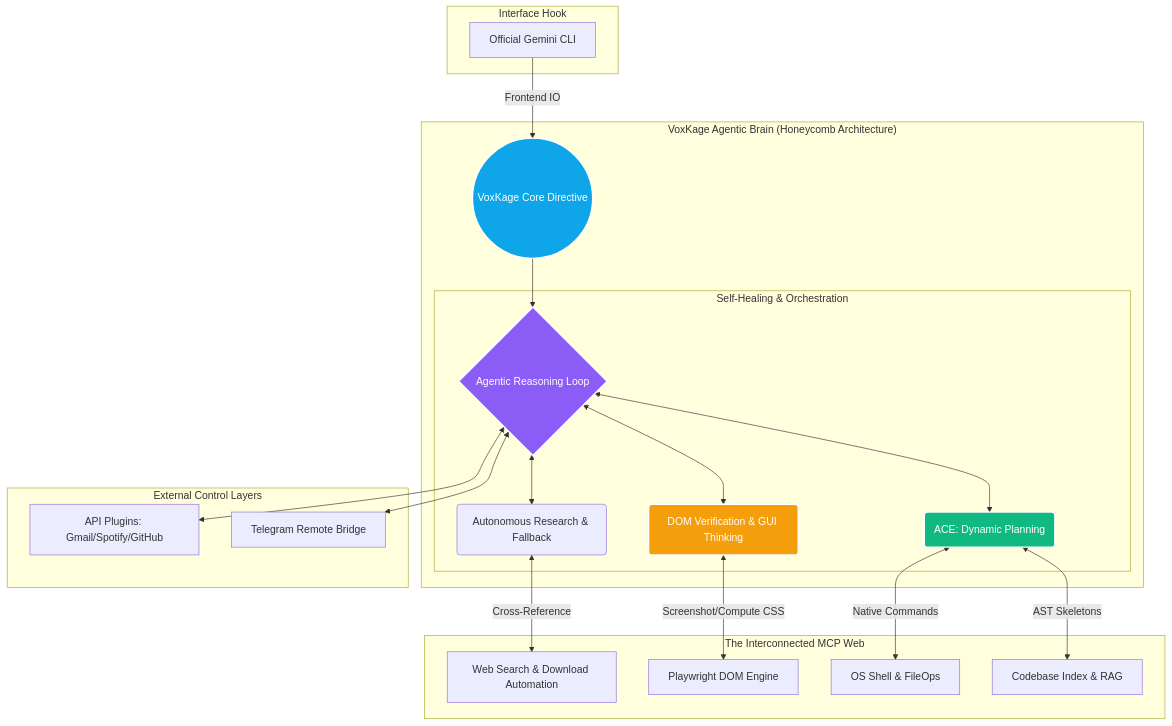
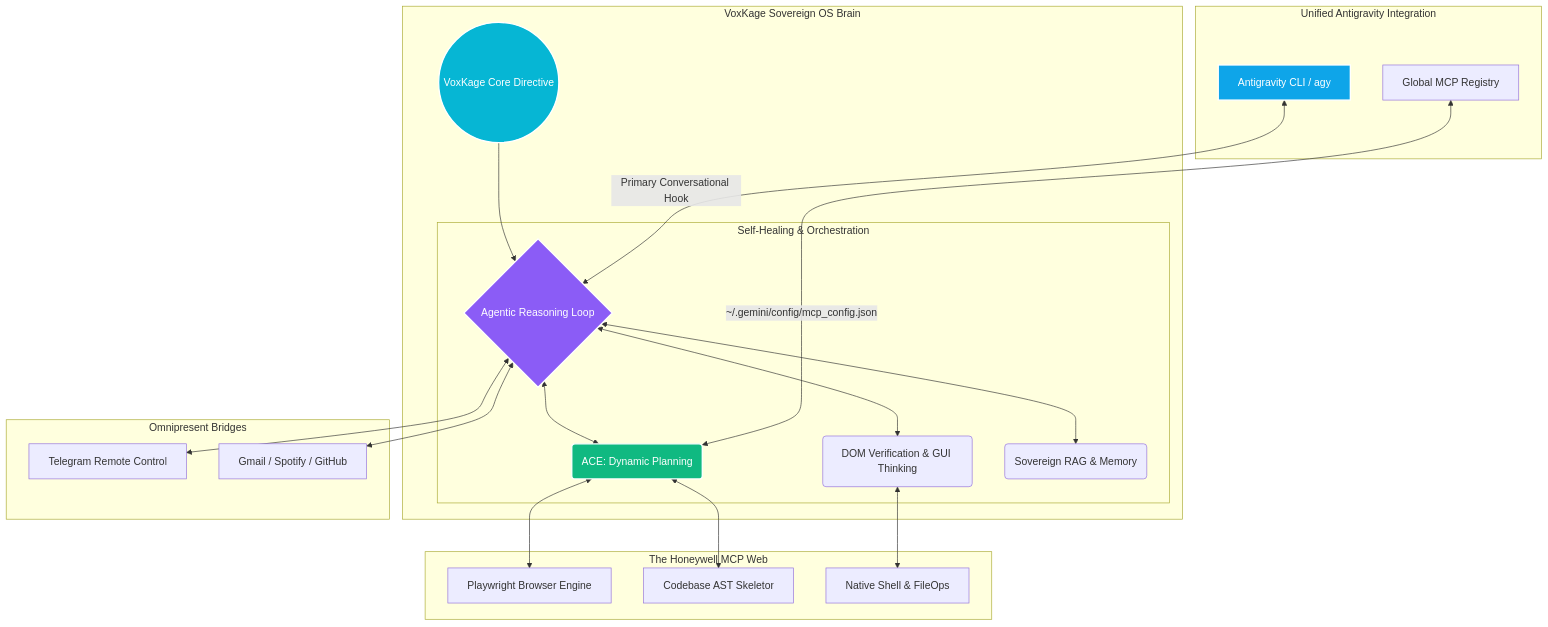
Before and after one commit to ayushdwivedi001/VoxKage: the diagram in README.md, drawn with Mermaid. The commit also changed other lines of this file, not shown here.

Commit message:
docs: overhaul README to align with Antigravity CLI and v1.1.4 standards

````diff
--- a/README.md
+++ b/README.md
@@ -68,33 +63,33 @@
 ```mermaid
 graph TD
-    subgraph "VoxKage Agentic Brain (Honeycomb Architecture)"
+    subgraph "VoxKage Sovereign OS Brain"
         A((VoxKage Core Directive)) --> B{Agentic Reasoning Loop}
 
         subgraph "Self-Healing & Orchestration"
             B <--> C(ACE: Dynamic Planning)
             B <--> D(DOM Verification & GUI Thinking)
-            B <--> E(Autonomous Research & Fallback)
+            B <--> E(Sovereign RAG & Memory)
         end
     end
 
-    subgraph "The Interconnected MCP Web"
-        C <--> |AST Skeletons| F[Codebase Index & RAG]
-        D <--> |Screenshot/Compute CSS| G[Playwright DOM Engine]
-        E <--> |Cross-Reference| H[Web Search & Download Automation]
-        C <--> |Native Commands| I[OS Shell & FileOps]
+    subgraph "Unified Antigravity Integration"
+        F[Global MCP Registry] <--> |~/.gemini/config/mcp_config.json| C
+        G[Antigravity CLI / agy] <--> |Primary Conversational Hook| B
     end
 
-    subgraph "External Control Layers"
-        B <--> J[Telegram Remote Bridge]
-        B <--> K[API Plugins: Gmail/Spotify/GitHub]
+    subgraph "The Honeywell MCP Web"
+        C <--> H[Playwright Browser Engine]
+        C <--> I[Codebase AST Skeletor]
+        D <--> J[Native Shell & FileOps]
     end
 
-    subgraph "Interface Hook"
-        L[Official Gemini CLI] --> |Frontend IO| A
+    subgraph "Omnipresent Bridges"
+        B <--> K[Telegram Remote Control]
+        B <--> L[Gmail / Spotify / GitHub]
     end
 
-    style A fill:#0ea5e9,stroke:#fff,stroke-width:2px,color:#fff
+    style A fill:#06b6d4,stroke:#fff,stroke-width:2px,color:#fff
     style B fill:#8b5cf6,stroke:#fff,stroke-width:2px,color:#fff
     style C fill:#10b981,stroke:#fff,stroke-width:2px,color:#fff
-    style D fill:#f59e0b,stroke:#fff,stroke-width:2px,color:#fff
+    style G fill:#0ea5e9,stroke:#fff,stroke-width:2px,color:#fff
 ```
````
